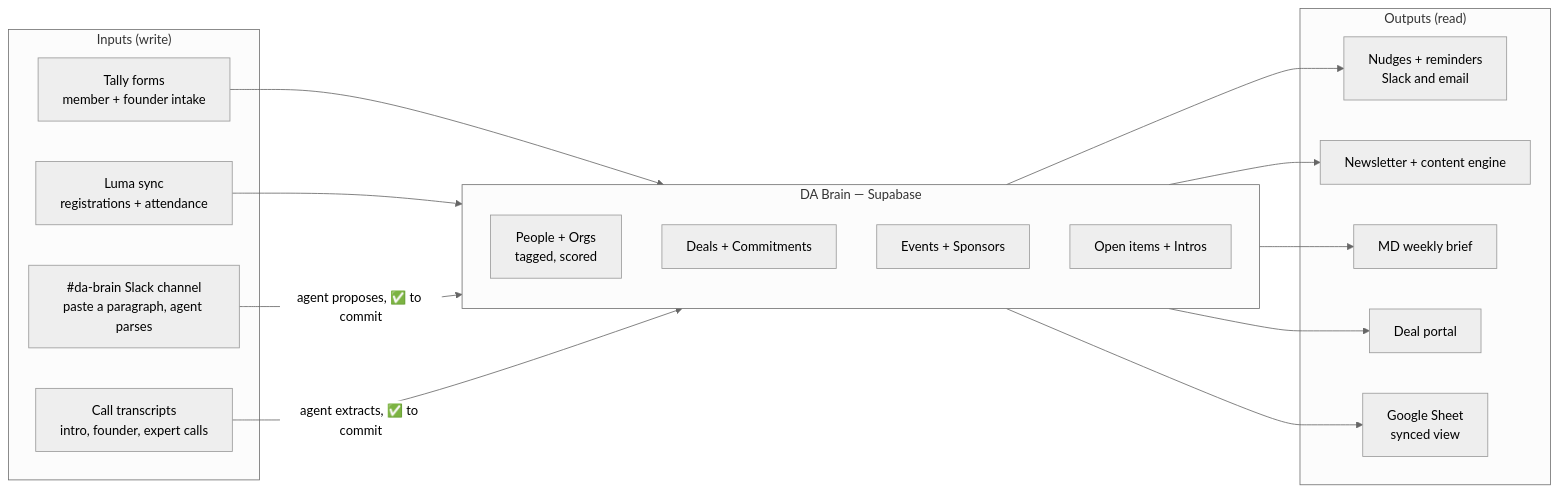
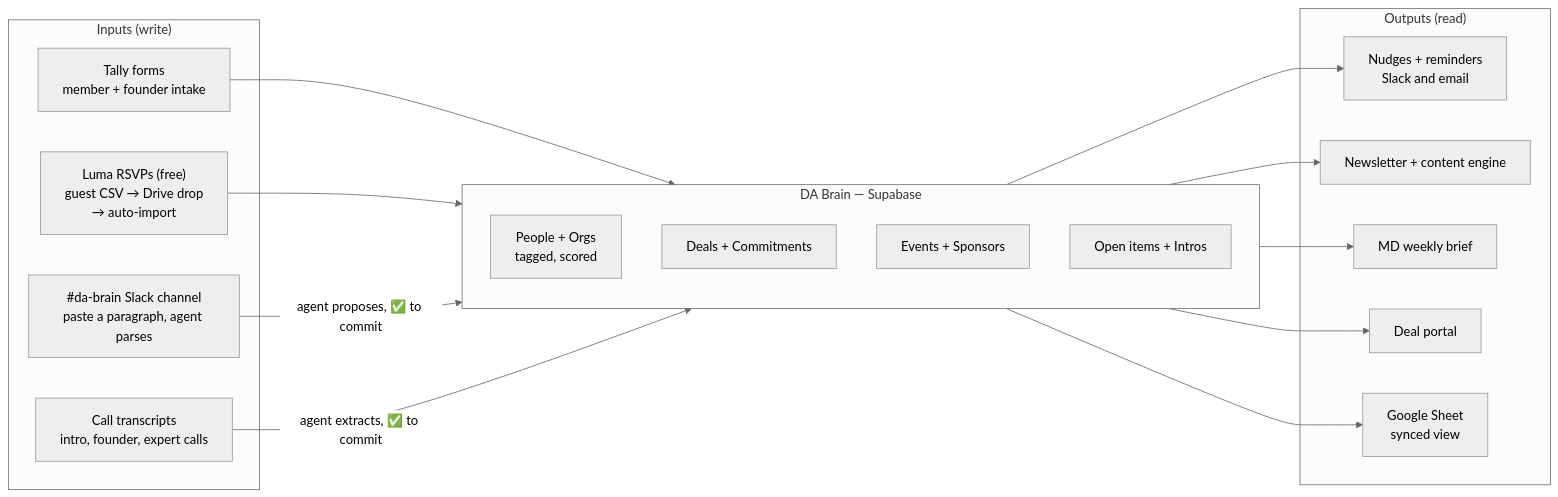
The first of 10 diagrams in ops/OPERATING-SYSTEM.md (naviyaissocodelike/da-website), drawn with Mermaid (neutral theme) before and after one commit. The commit also changed other lines of this file and 3 other files, not shown here.

First line of the commit message:
Lock in portal, SPV, and Luma decisions; add Luma CSV import workflow

````diff
--- a/ops/OPERATING-SYSTEM.md
+++ b/ops/OPERATING-SYSTEM.md
@@ -37,31 +37,31 @@
 ```mermaid
 flowchart LR
   subgraph IN["Inputs (write)"]
     T["Tally forms<br/>member + founder intake"]
-    L["Luma sync<br/>registrations + attendance"]
+    L["Luma RSVPs (free)<br/>guest CSV → Drive drop<br/>→ auto-import"]
     S["#da-brain Slack channel<br/>paste a paragraph, agent parses"]
     R["Call transcripts<br/>intro, founder, expert calls"]
   end
   subgraph BRAIN["DA Brain — Supabase"]
     P["People + Orgs<br/>tagged, scored"]
     D["Deals + Commitments"]
     E["Events + Sponsors"]
     O["Open items + Intros"]
   end
   subgraph OUT["Outputs (read)"]
     N1["Nudges + reminders<br/>Slack and email"]
     N2["Newsletter + content engine"]
     N3["MD weekly brief"]
     N4["Deal portal"]
     N5["Google Sheet<br/>synced view"]
   end
   T --> BRAIN
   L --> BRAIN
   S -->|"agent proposes, ✅ to commit"| BRAIN
   R -->|"agent extracts, ✅ to commit"| BRAIN
   BRAIN --> N1
   BRAIN --> N2
   BRAIN --> N3
   BRAIN --> N4
   BRAIN --> N5
 ```
````
